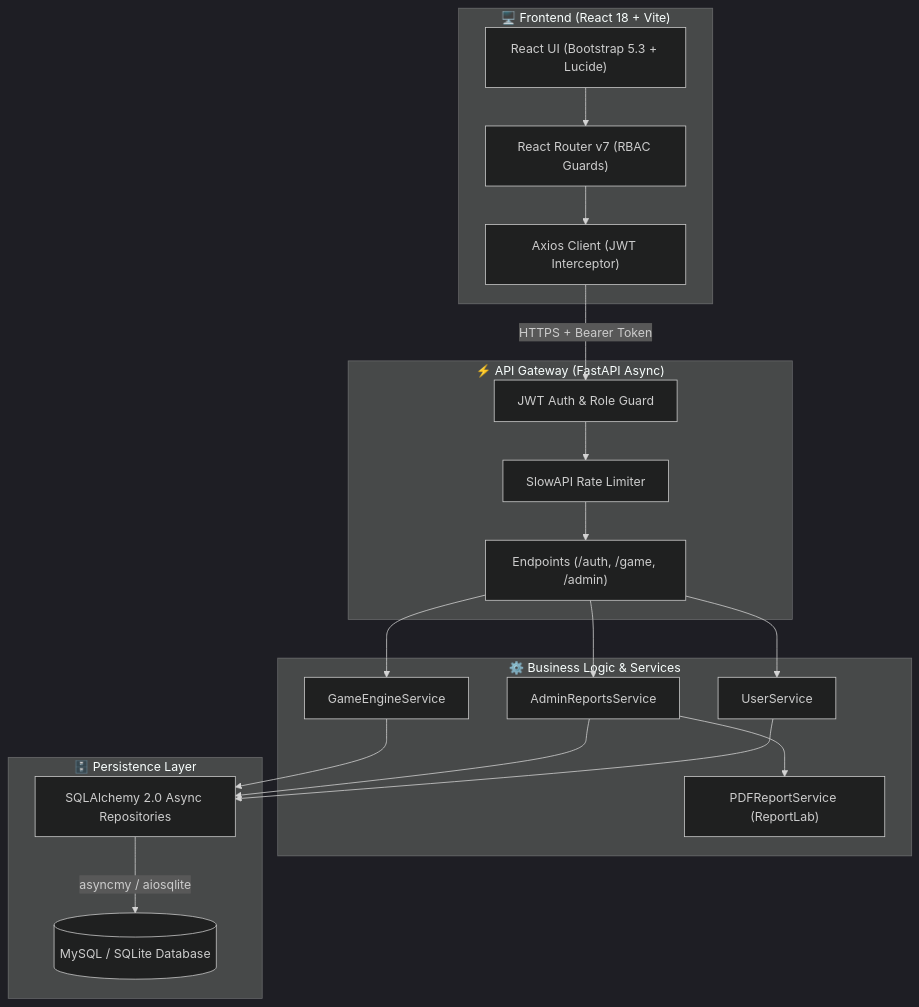
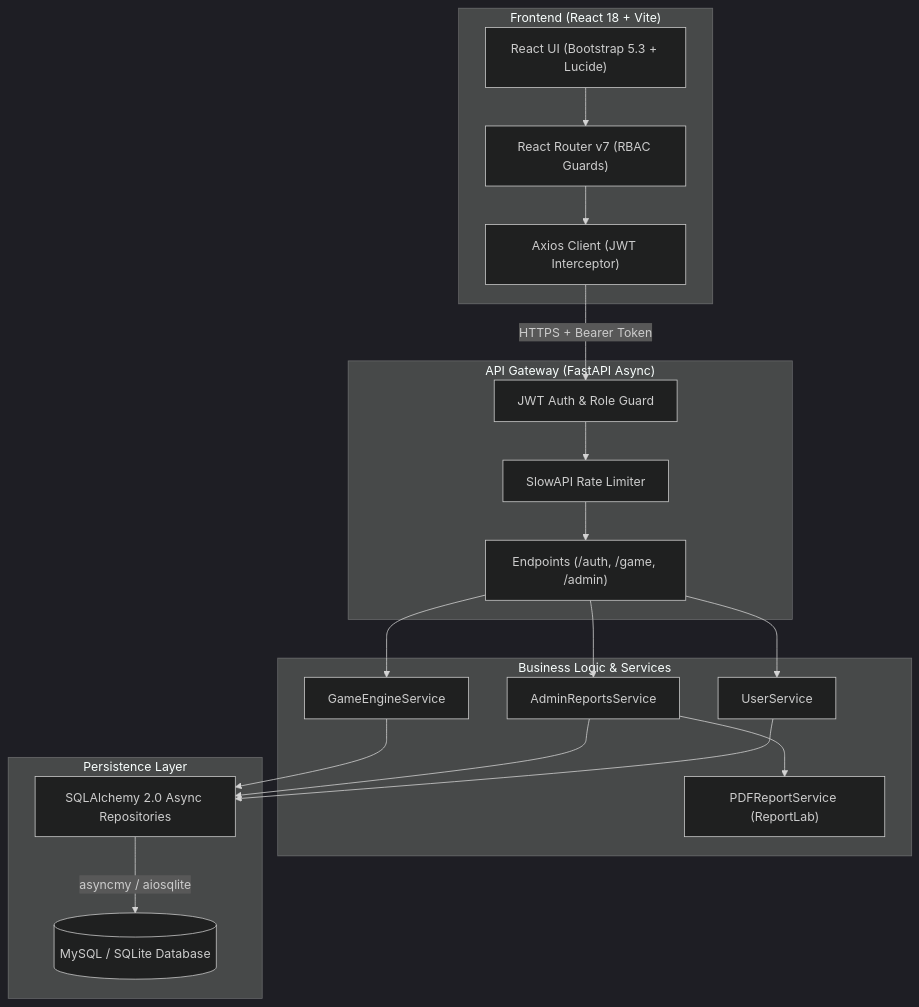
The first of 2 diagrams in README.md (mprasad2406/word-guessing-game), drawn with Mermaid (dark theme) before and after one commit. The commit also changed other lines of this file and 4 other files, not shown here.

````diff
--- a/README.md
+++ b/README.md
@@ -145,37 +215,37 @@
 ```mermaid
 flowchart TD
-    subgraph ClientLayer["🖥️ Frontend (React 18 + Vite)"]
+    subgraph ClientLayer["Frontend (React 18 + Vite)"]
         UI["React UI (Bootstrap 5.3 + Lucide)"]
         Router["React Router v7 (RBAC Guards)"]
         AxiosClient["Axios Client (JWT Interceptor)"]
         UI --> Router --> AxiosClient
     end
 
-    subgraph APILayer["⚡ API Gateway (FastAPI Async)"]
+    subgraph APILayer["API Gateway (FastAPI Async)"]
         AuthMiddleware["JWT Auth & Role Guard"]
         RateLimiter["SlowAPI Rate Limiter"]
         Routers["Endpoints (/auth, /game, /admin)"]
         AxiosClient -->|HTTPS + Bearer Token| AuthMiddleware
         AuthMiddleware --> RateLimiter --> Routers
     end
 
-    subgraph ServiceLayer["⚙️ Business Logic & Services"]
+    subgraph ServiceLayer["Business Logic & Services"]
         GameService["GameEngineService"]
         AdminService["AdminReportsService"]
         UserService["UserService"]
         PDFService["PDFReportService (ReportLab)"]
         Routers --> GameService
         Routers --> AdminService
         Routers --> UserService
         AdminService --> PDFService
     end
 
-    subgraph DataLayer["🗄️ Persistence Layer"]
+    subgraph DataLayer["Persistence Layer"]
         Repo["SQLAlchemy 2.0 Async Repositories"]
         DB[("MySQL / SQLite Database")]
         GameService --> Repo
         AdminService --> Repo
         UserService --> Repo
         Repo -->|asyncmy / aiosqlite| DB
     end
 ```
````
